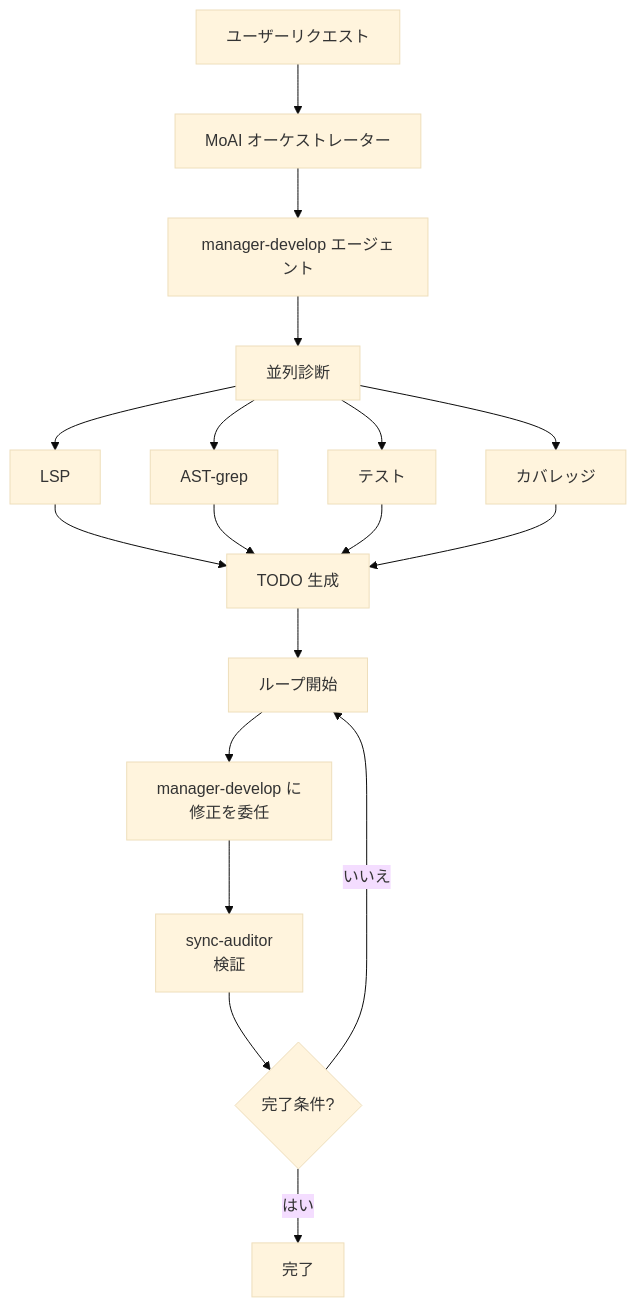
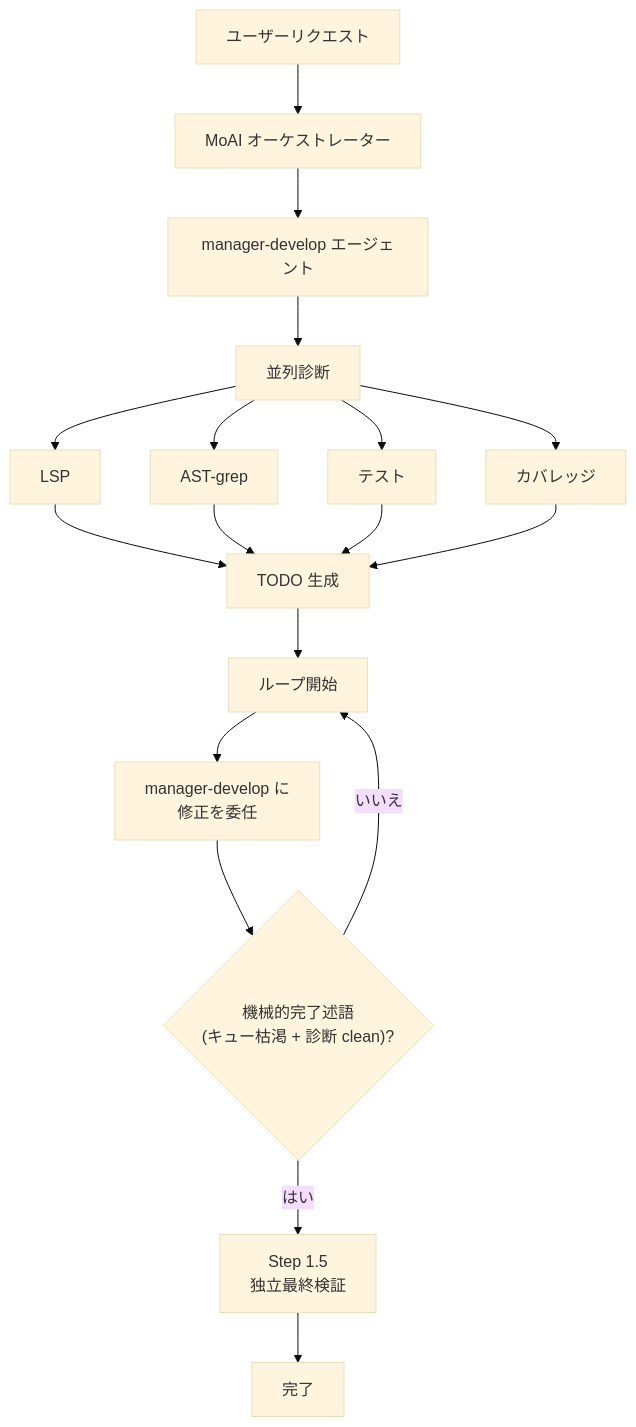
The fourth of 4 diagrams in docs-site/content/ja/utility-commands/moai-loop.md (modu-ai/moai-adk), drawn with Mermaid (base theme) before and after one commit. The commit also changed other lines of this file and 83 other files, not shown here.

````diff
--- a/docs-site/content/ja/utility-commands/moai-loop.md
+++ b/docs-site/content/ja/utility-commands/moai-loop.md
@@ -235,25 +235,24 @@
 ```mermaid
 flowchart TD
     User["ユーザーリクエスト"] --> Orchestrator["MoAI オーケストレーター"]
     Orchestrator --> ManagerDDD["manager-develop エージェント"]
 
     ManagerDDD --> Diagnose["並列診断"]
     Diagnose --> LSP["LSP"]
     Diagnose --> AST["AST-grep"]
     Diagnose --> Test["テスト"]
     Diagnose --> Cov["カバレッジ"]
 
     LSP --> Todo["TODO 生成"]
     AST --> Todo
     Test --> Todo
     Cov --> Todo
 
     Todo --> Loop["ループ開始"]
 
     Loop --> Fix["manager-develop に<br/>修正を委任"]
-    Fix --> Verify["sync-auditor<br/>検証"]
-
-    Verify --> Complete{"完了条件?"}
-    Complete -->|いいえ| Loop
-    Complete -->|はい| Done["完了"]
+    Fix --> Predicate{"機械的完了述語<br/>(キュー枯渇 + 診断 clean)?"}
+    Predicate -->|いいえ| Loop
+    Predicate -->|はい| FinalPass["Step 1.5<br/>独立最終検証"]
+    FinalPass --> Done["完了"]
 ```
````
